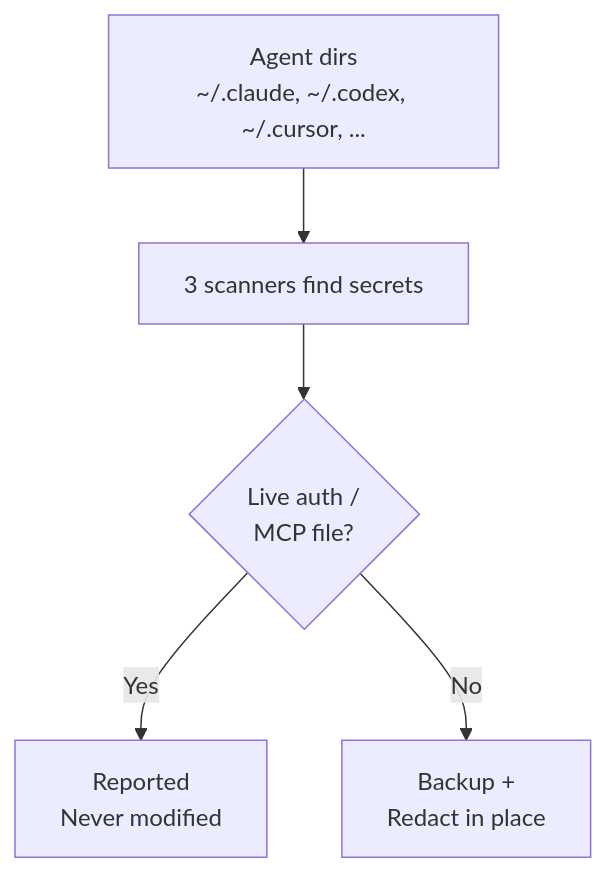
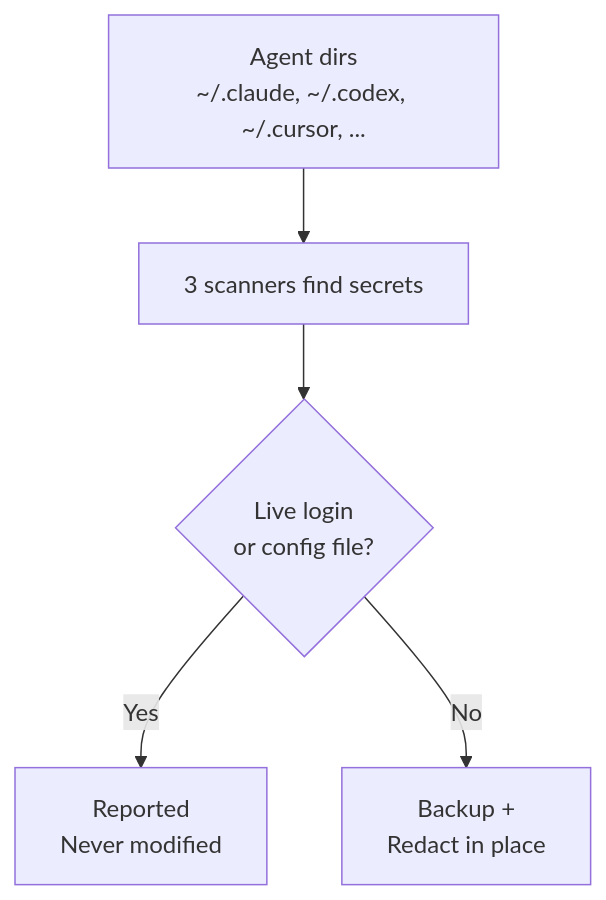
The diagram in README.md (ppravdin/agentscrub), drawn with Mermaid before and after one commit. The commit also changed other lines of this file, not shown here.

Commit message:
Reduce MCP emphasis in README

````diff
--- a/README.md
+++ b/README.md
@@ -45,7 +45,7 @@
 ```mermaid
 flowchart TD
     A[Agent dirs<br/>~/.claude, ~/.codex, ~/.cursor, ...] --> B[3 scanners find secrets]
-    B --> C{Live auth /<br/>MCP file?}
+    B --> C{Live login<br/>or config file?}
     C -->|Yes| D[Reported<br/>Never modified]
     C -->|No| E[Backup +<br/>Redact in place]
 ```
````
